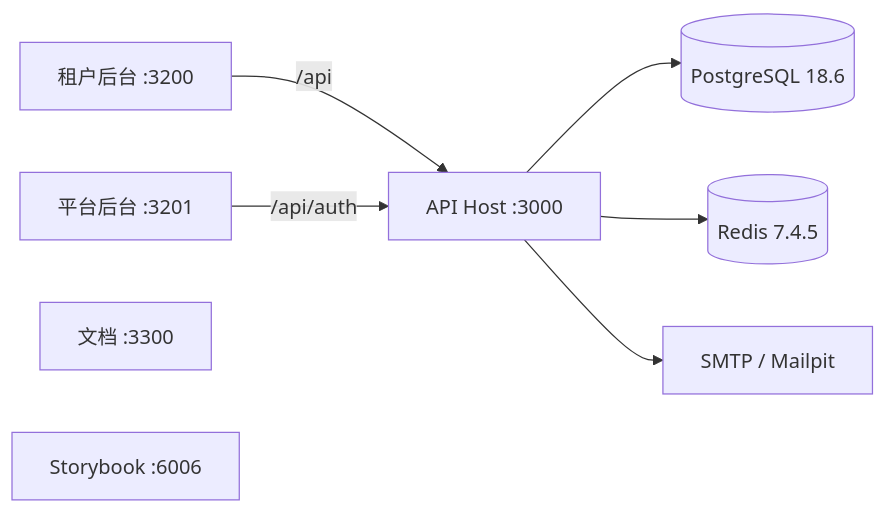
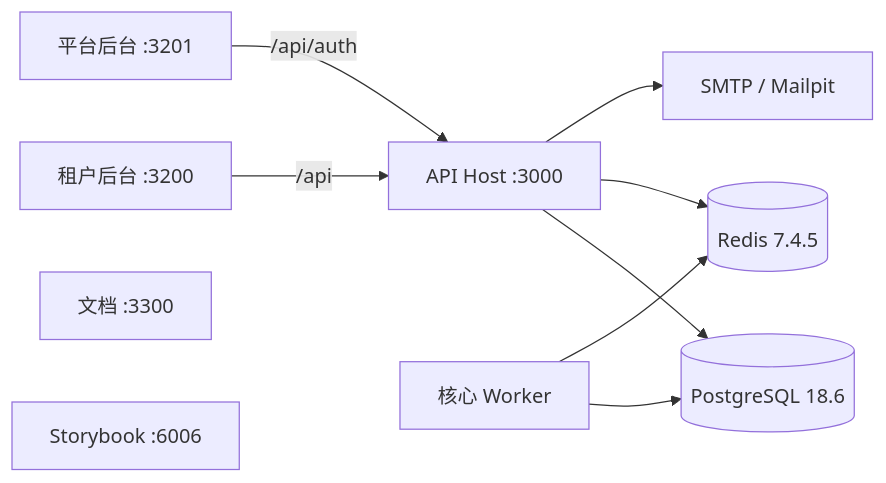
Before and after one commit to huanancaoo/enterprise-admin: the diagram in README.md, drawn with Mermaid. The commit also changed other lines of this file and 1 other file, not shown here.

Commit message:
docs(worker): make core runtime explicit in repository guidance

````diff
--- a/README.md
+++ b/README.md
@@ -46,10 +47,12 @@
 ```mermaid
 flowchart LR
   Tenant["租户后台 :3200"] -->|/api| API["API Host :3000"]
   Platform["平台后台 :3201"] -->|/api/auth| API
   API --> PG[("PostgreSQL 18.6")]
   API --> Redis[("Redis 7.4.5")]
   API --> Mail["SMTP / Mailpit"]
+  Worker["核心 Worker"] --> PG
+  Worker --> Redis
   Docs["文档 :3300"]
   Storybook["Storybook :6006"]
 ```
````
